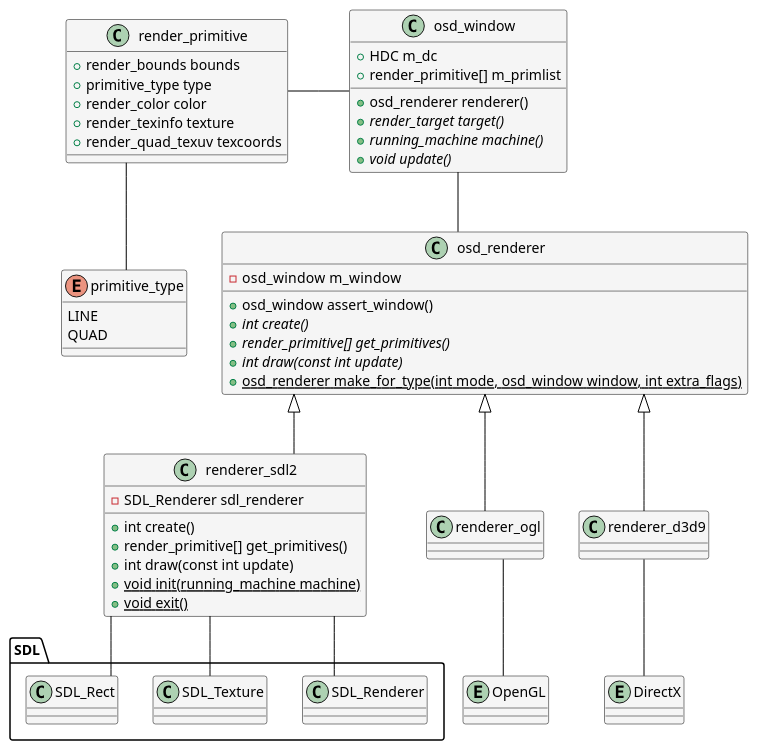
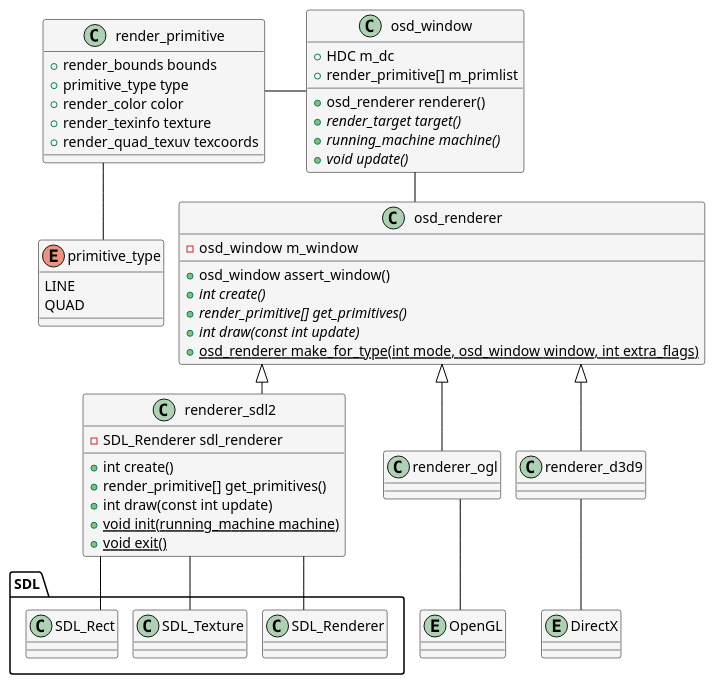
One commit to mikymaione/MAMEStreamingPlatform changed the diagram in Streaming/UML/class_renderingSDLFull.puml. Above: the diagram before and after it, drawn with PlantUML. The commit also changed 7 other files, not shown here.

Commit message:
modifiche uml

```diff
--- a/Streaming/UML/class_renderingSDLFull.puml
+++ b/Streaming/UML/class_renderingSDLFull.puml
@@ -1,75 +1,77 @@
 @startuml
 skinparam Shadowing false
 skinparam LineType ortho
 skinparam ArrowColor black
+skinparam nodesep 15
+skinparam ranksep 30
 
 skinparam class {
     BackgroundColor WhiteSmoke
     BorderColor black
 }
 
 enum primitive_type
 {
 	LINE
 	QUAD
 }
 
 package SDL {
 	class SDL_Renderer
 	class SDL_Texture
 	class SDL_Rect
 	
 }
 
 class renderer_sdl2 {
 	-SDL_Renderer sdl_renderer
 	
 	+int create()
 	+render_primitive[] get_primitives()    
 	+int draw(const int update)
 	{static} +void init(running_machine machine)
 	{static} +void exit()
 }
 
 class render_primitive {
 	+render_bounds bounds
 	+primitive_type type
 	+render_color color
 	+render_texinfo texture
 	+render_quad_texuv texcoords
 }
 
 class osd_renderer {
     -osd_window  m_window
     +osd_window assert_window()
     {abstract} +int create()
     {abstract} +render_primitive[] get_primitives()
     {abstract} +int draw(const int update)
     {static} +osd_renderer make_for_type(int mode, osd_window window, int extra_flags)
 }
 
 class osd_window {
     +HDC m_dc
     +render_primitive[] m_primlist
     +osd_renderer renderer()        
     {abstract} +render_target target()    
     {abstract} +running_machine machine()
     {abstract} +void update()    
 }
 
 entity DirectX
 entity OpenGL
 
 renderer_ogl -u-|> osd_renderer
 renderer_ogl -d- OpenGL
 renderer_d3d9 -u-|> osd_renderer
 renderer_d3d9 -d- DirectX
 renderer_sdl2 -u-|> osd_renderer
 renderer_sdl2 -- SDL_Renderer
 renderer_sdl2 -- SDL_Texture
 renderer_sdl2 -- SDL_Rect
 
 osd_renderer -u- osd_window
 osd_window -l- render_primitive
 render_primitive -d- primitive_type
 @enduml
```
